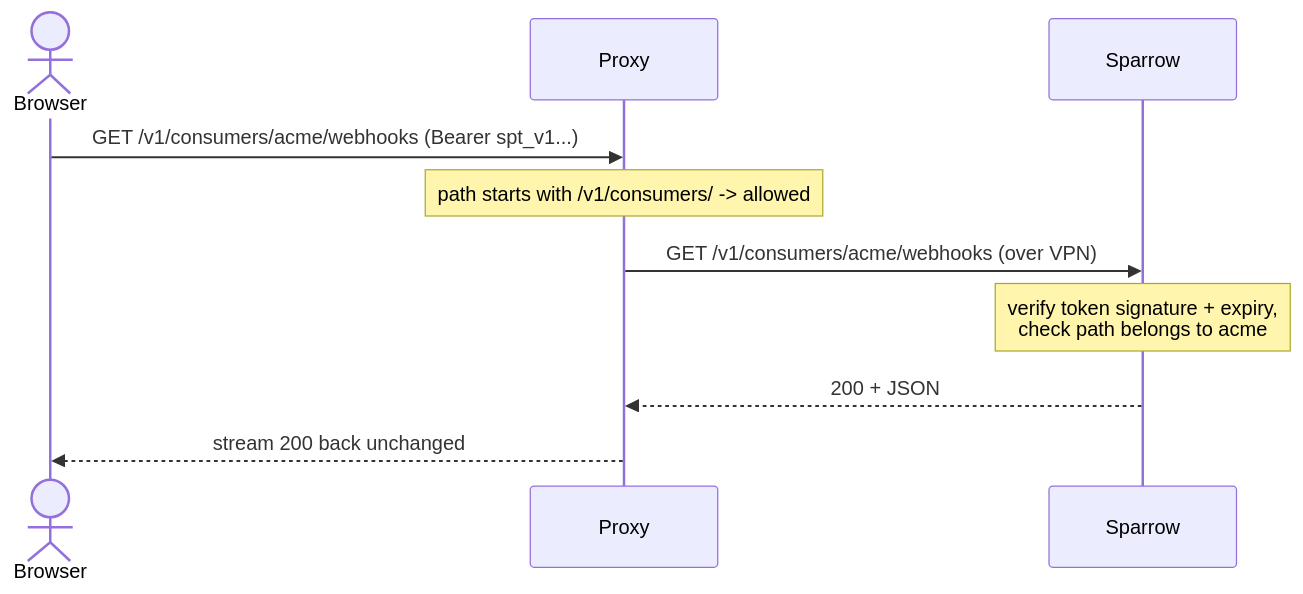
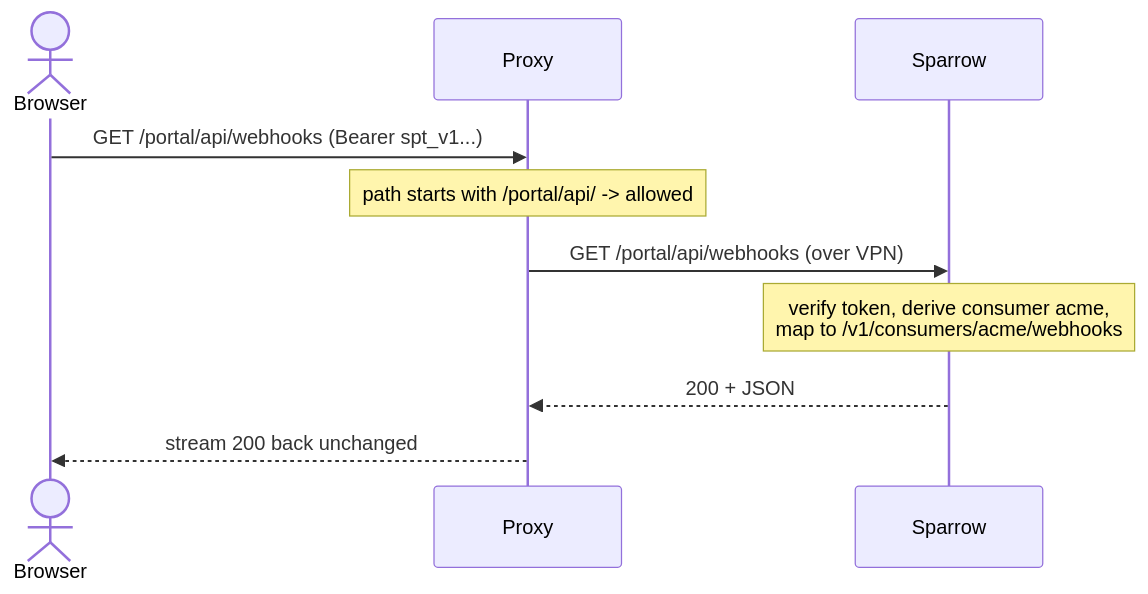
One commit to sarathsp06/sparrow changed the diagram in docs/src/assets/diagrams/portal-embedding-trace.mmd. Above: the diagram before and after it, drawn with Mermaid. The commit also changed 22 other files, not shown here.

First line of the commit message:
feat: collapse consumer portal API behind /portal/api gateway

```diff
--- a/docs/src/assets/diagrams/portal-embedding-trace.mmd
+++ b/docs/src/assets/diagrams/portal-embedding-trace.mmd
@@ -1,10 +1,10 @@
 sequenceDiagram
     actor U as Browser
     participant P as Proxy
     participant S as Sparrow
-    U->>P: GET /v1/consumers/acme/webhooks (Bearer spt_v1...)
-    Note over P: path starts with /v1/consumers/ -> allowed
-    P->>S: GET /v1/consumers/acme/webhooks (over VPN)
-    Note over S: verify token signature + expiry,<br>check path belongs to acme
+    U->>P: GET /portal/api/webhooks (Bearer spt_v1...)
+    Note over P: path starts with /portal/api/ -> allowed
+    P->>S: GET /portal/api/webhooks (over VPN)
+    Note over S: verify token, derive consumer acme,<br>map to /v1/consumers/acme/webhooks
     S-->>P: 200 + JSON
     P-->>U: stream 200 back unchanged
```
